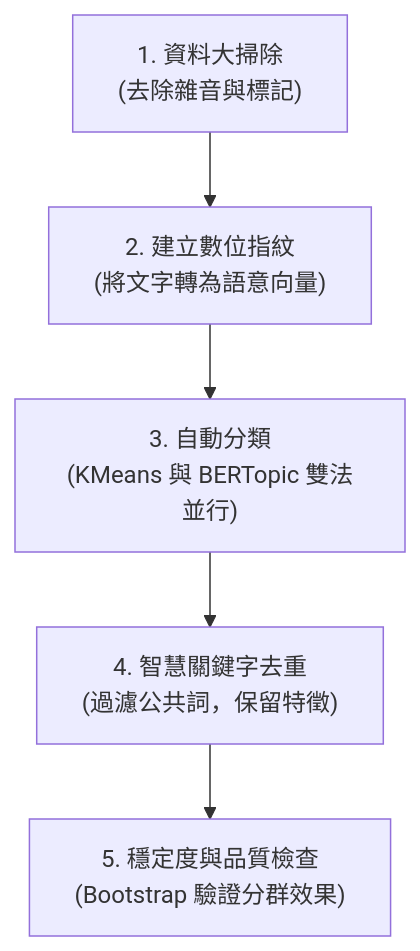
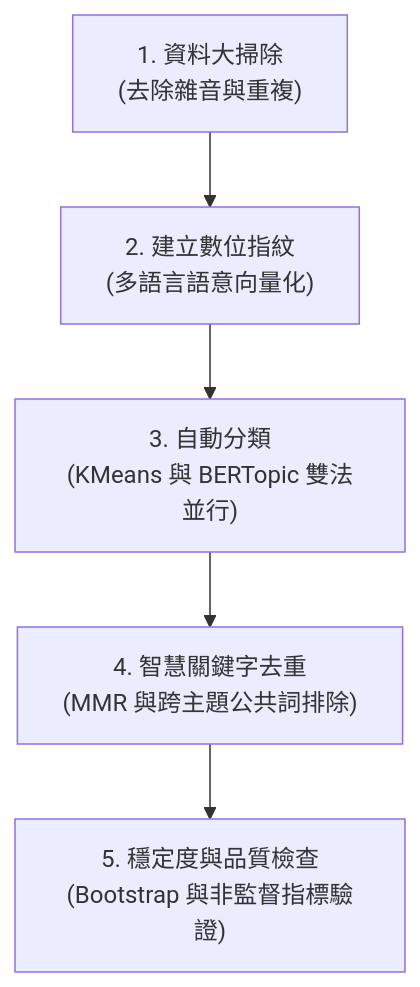
One commit to 411351242/NLP_Final_Project changed the diagram in nlp_topic_clustering_analysis.md. Above: the diagram before and after it, drawn with Mermaid. The commit also changed other lines of this file and 5 other files, not shown here.

````diff
--- a/nlp_topic_clustering_analysis.md
+++ b/nlp_topic_clustering_analysis.md
@@ -11,7 +11,7 @@
 ```mermaid
 graph TD
-    A["1. 資料大掃除<br>(去除雜音與標記)"] --> B["2. 建立數位指紋<br>(將文字轉為語意向量)"]
+    A["1. 資料大掃除<br>(去除雜音與重複)"] --> B["2. 建立數位指紋<br>(多語言語意向量化)"]
     B --> C["3. 自動分類<br>(KMeans 與 BERTopic 雙法並行)"]
-    C --> D["4. 智慧關鍵字去重<br>(過濾公共詞，保留特徵)"]
-    D --> E["5. 穩定度與品質檢查<br>(Bootstrap 驗證分群效果)"]
+    C --> D["4. 智慧關鍵字去重<br>(MMR 與跨主題公共詞排除)"]
+    D --> E["5. 穩定度與品質檢查<br>(Bootstrap 與非監督指標驗證)"]
 ```
````
